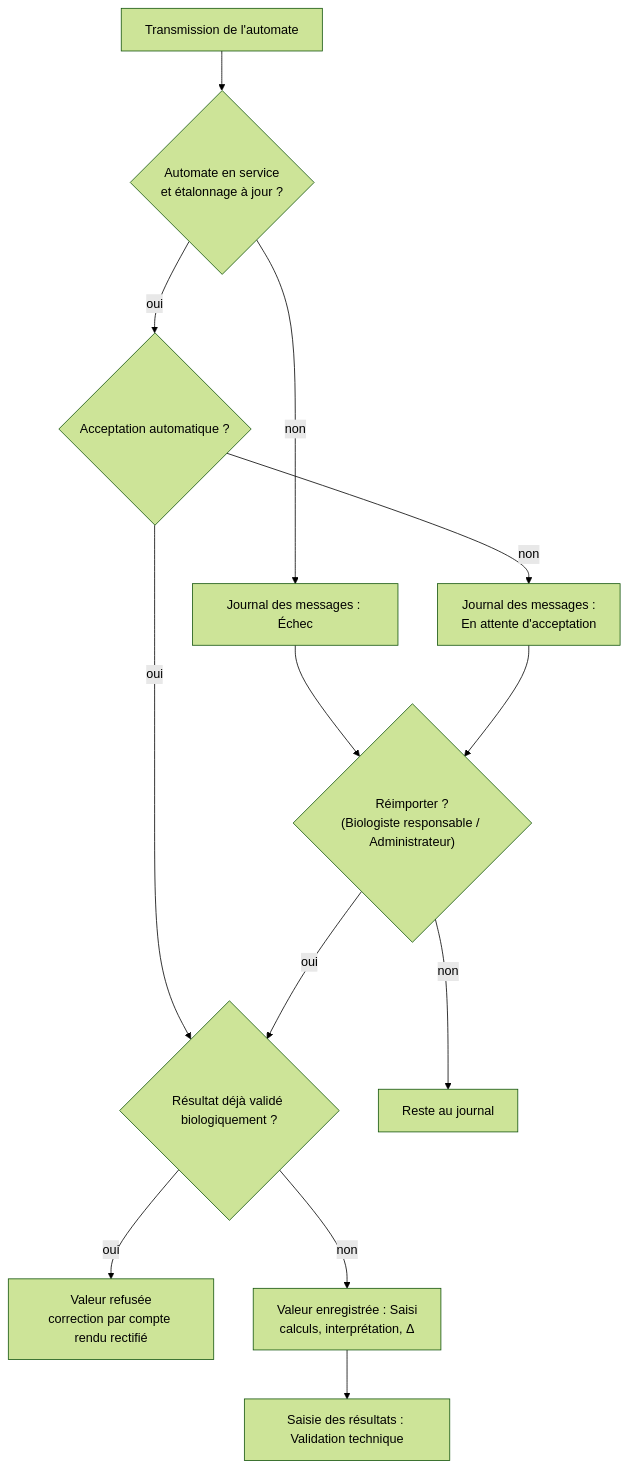
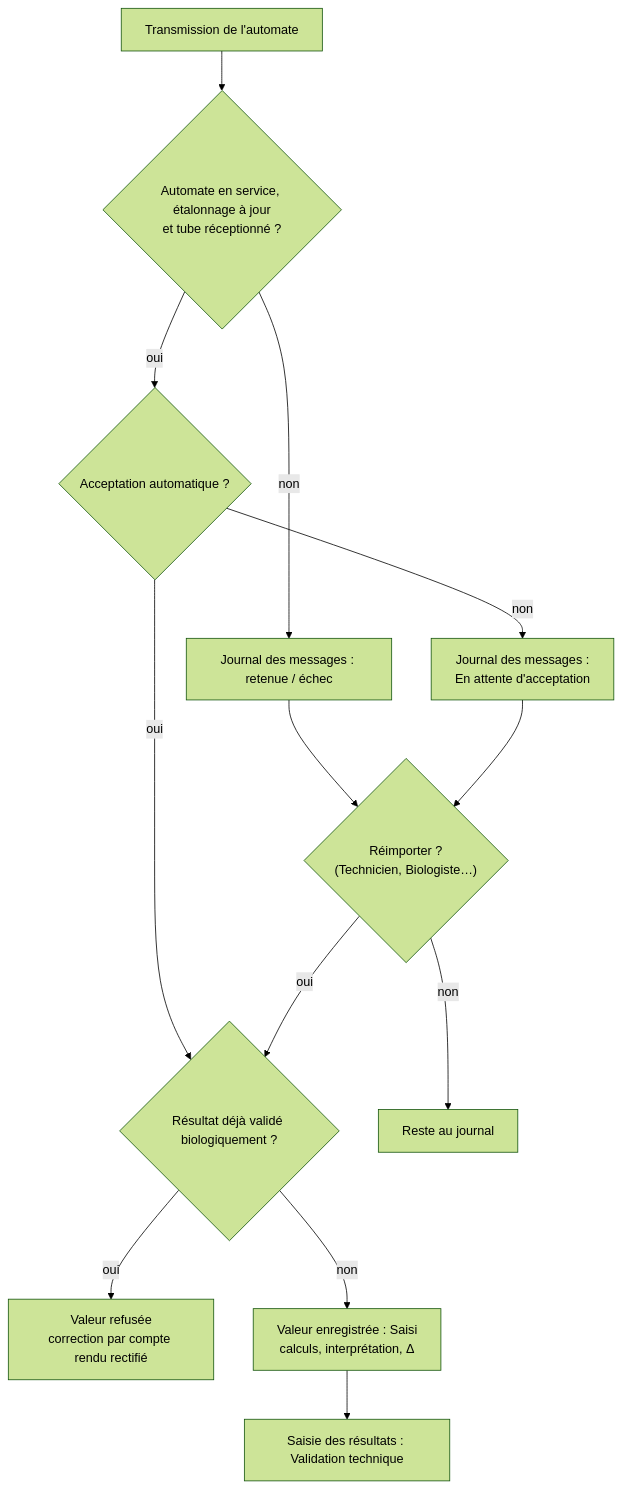
The fifth of 10 diagrams in docs/manuel/03-analytique-comptes-rendus.md (J4dJad/MarocLis), drawn with Mermaid (forest theme) before and after one commit. The commit also changed other lines of this file and 3 other files, not shown here.

First line of the commit message:
Manuel : mise à jour des chapitres pré-analytique et analytique / comptes rendus

````diff
--- a/docs/manuel/03-analytique-comptes-rendus.md
+++ b/docs/manuel/03-analytique-comptes-rendus.md
@@ -246,15 +374,15 @@
 ```mermaid
 flowchart TD
-    A["Transmission de l'automate"] --> B{"Automate en service<br/>et étalonnage à jour ?"}
-    B -- "non" --> B1["Journal des messages : Échec"]
+    A["Transmission de l'automate"] --> B{"Automate en service, étalonnage à jour<br/>et tube réceptionné ?"}
+    B -- "non" --> B1["Journal des messages : retenue / échec"]
     B -- "oui" --> C{"Acceptation automatique ?"}
     C -- "non" --> C1["Journal des messages :<br/>En attente d'acceptation"]
     C -- "oui" --> D{"Résultat déjà validé biologiquement ?"}
     D -- "oui" --> D1["Valeur refusée<br/>correction par compte rendu rectifié"]
     D -- "non" --> E["Valeur enregistrée : Saisi<br/>calculs, interprétation, Δ"]
-    B1 --> R{"Réimporter ?<br/>(Biologiste responsable / Administrateur)"}
+    B1 --> R{"Réimporter ?<br/>(Technicien, Biologiste…)"}
     C1 --> R
     R -- "oui" --> D
     R -- "non" --> R1["Reste au journal"]
     E --> F["Saisie des résultats : Validation technique"]
 ```
````
